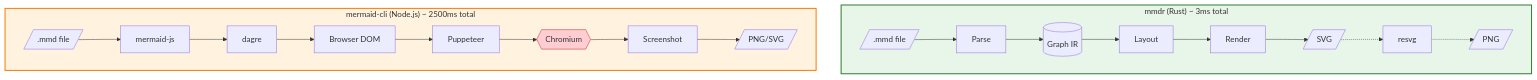
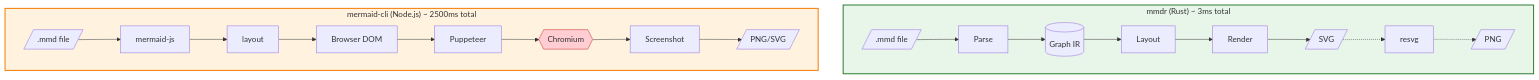
Before and after one commit to toeverything/mermaid-rs-renderer: the diagram in docs/diagrams/architecture.mmd, drawn with Mermaid. The commit also changed 550 other files, not shown here.

Commit message:
Improve flowchart routing and add routing benchmark

```diff
--- a/docs/diagrams/architecture.mmd
+++ b/docs/diagrams/architecture.mmd
@@ -1,26 +1,26 @@
 flowchart TB
     subgraph mmdr["mmdr (Rust) ~ 3ms total"]
         direction LR
         I1[/".mmd file"/] --> P1["Parse"]
         P1 --> IR1[("Graph IR")]
         IR1 --> L1["Layout"]
         L1 --> R1["Render"]
         R1 --> O1[/"SVG"/]
         O1 -.-> RS["resvg"]
         RS -.-> O2[/"PNG"/]
     end
 
     subgraph cli["mermaid-cli (Node.js) ~ 2500ms total"]
         direction LR
         I2[/".mmd file"/] --> M2["mermaid-js"]
-        M2 --> D2["dagre"]
+        M2 --> D2["layout"]
         D2 --> DOM["Browser DOM"]
         DOM --> PP["Puppeteer"]
         PP --> CH{{"Chromium"}}
         CH --> SC["Screenshot"]
         SC --> O3[/"PNG/SVG"/]
     end
 
     style mmdr fill:#e8f5e9,stroke:#2e7d32,stroke-width:2px
     style cli fill:#fff3e0,stroke:#f57c00,stroke-width:2px
     style CH fill:#ffcdd2,stroke:#c62828
```
